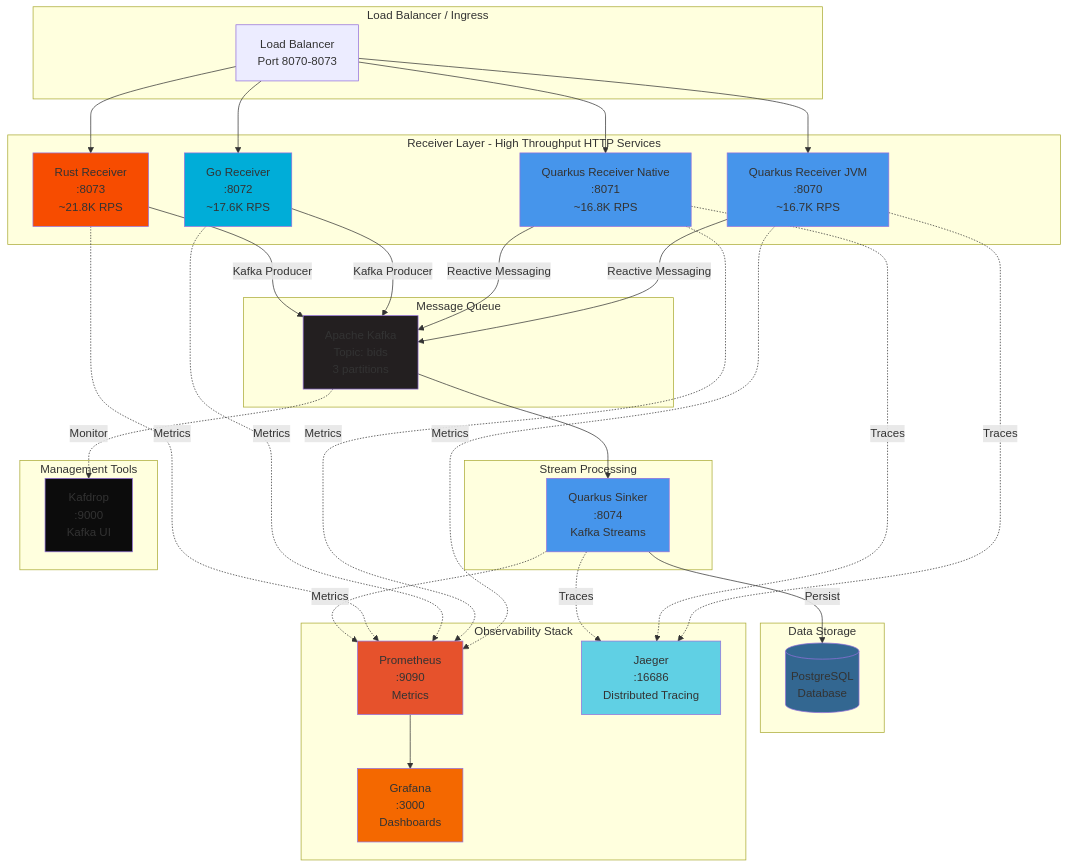
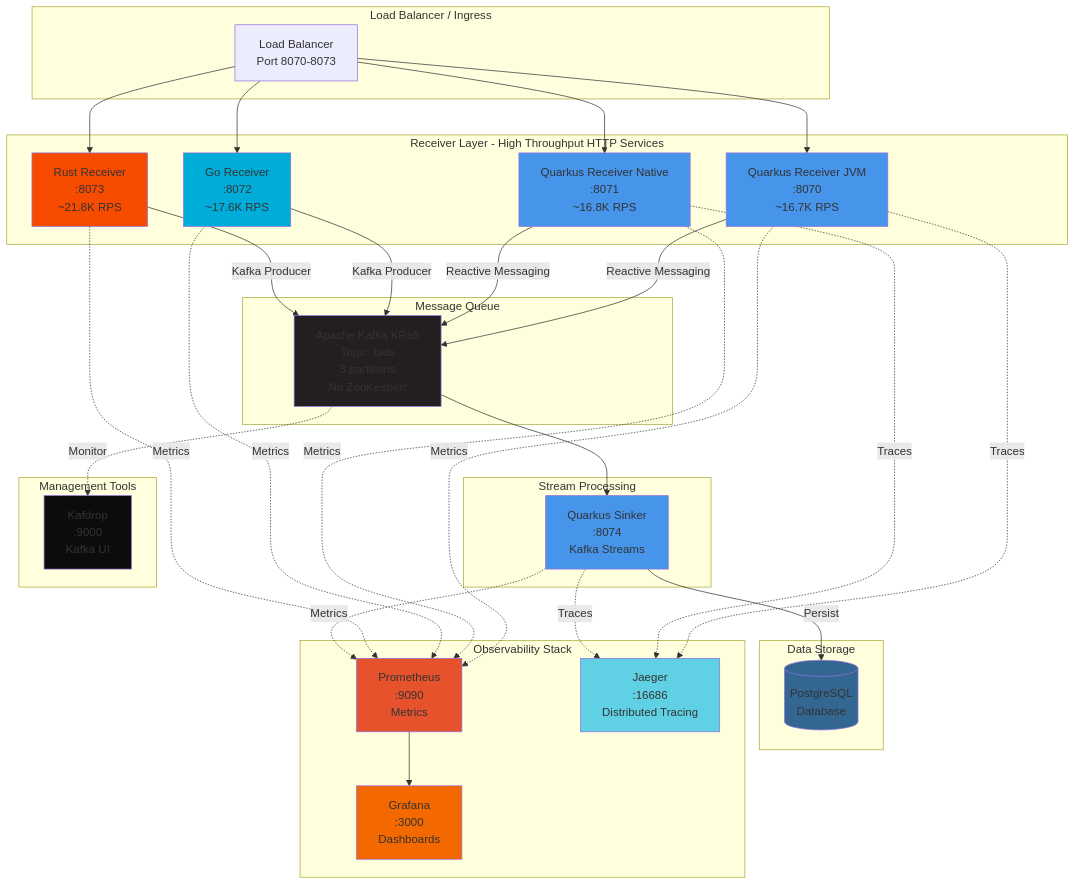
The diagram in README.md (dtkmn/quarkus-adtech-demo), drawn with Mermaid before and after one commit. The commit also changed 13 other files, not shown here.

First line of the commit message:
feat: Migrate to Kafka KRaft mode (remove ZooKeeper dependency)

````diff
--- a/README.md
+++ b/README.md
@@ -57,73 +57,73 @@
 ```mermaid
 graph TB
     subgraph "Load Balancer / Ingress"
         LB[Load Balancer<br/>Port 8070-8073]
     end
     
     subgraph "Receiver Layer - High Throughput HTTP Services"
         QR[Quarkus Receiver JVM<br/>:8070<br/>~16.7K RPS]
         QRN[Quarkus Receiver Native<br/>:8071<br/>~16.8K RPS]
         GR[Go Receiver<br/>:8072<br/>~17.6K RPS]
         RR[Rust Receiver<br/>:8073<br/>~21.8K RPS]
     end
     
     subgraph "Message Queue"
-        K[Apache Kafka<br/>Topic: bids<br/>3 partitions]
+        K[Apache Kafka KRaft<br/>Topic: bids<br/>3 partitions<br/>No ZooKeeper!]
     end
     
     subgraph "Stream Processing"
         QS[Quarkus Sinker<br/>:8074<br/>Kafka Streams]
     end
     
     subgraph "Data Storage"
         PG[(PostgreSQL<br/>Database)]
     end
     
     subgraph "Observability Stack"
         P[Prometheus<br/>:9090<br/>Metrics]
         G[Grafana<br/>:3000<br/>Dashboards]
         J[Jaeger<br/>:16686<br/>Distributed Tracing]
     end
     
     subgraph "Management Tools"
         KD[Kafdrop<br/>:9000<br/>Kafka UI]
     end
     
     LB --> QR
     LB --> QRN
     LB --> GR
     LB --> RR
     
     QR -->|Reactive Messaging| K
     QRN -->|Reactive Messaging| K
     GR -->|Kafka Producer| K
     RR -->|Kafka Producer| K
     
     K --> QS
     QS -->|Persist| PG
     
     QR -.->|Metrics| P
     QRN -.->|Metrics| P
     GR -.->|Metrics| P
     RR -.->|Metrics| P
     QS -.->|Metrics| P
     
     QR -.->|Traces| J
     QRN -.->|Traces| J
     QS -.->|Traces| J
     
     P --> G
     K -.->|Monitor| KD
     
     style QR fill:#4695eb
     style QRN fill:#4695eb
     style GR fill:#00ADD8
     style RR fill:#f74c00
     style K fill:#231F20
     style QS fill:#4695eb
     style PG fill:#336791
     style P fill:#e6522c
     style G fill:#f46800
     style J fill:#60d0e4
     style KD fill:#0c0c0c
 ```
````
